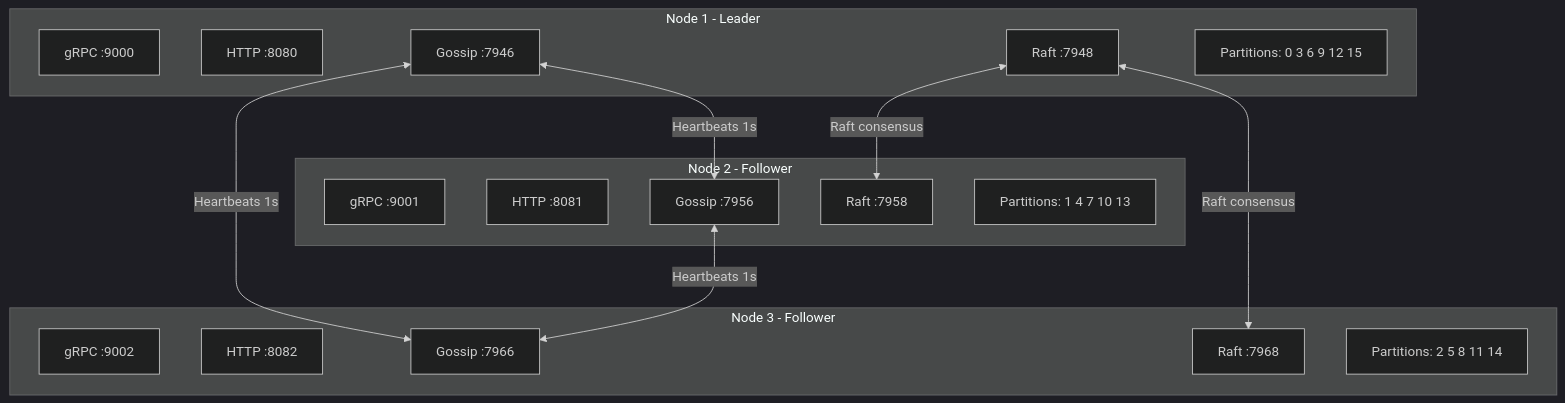
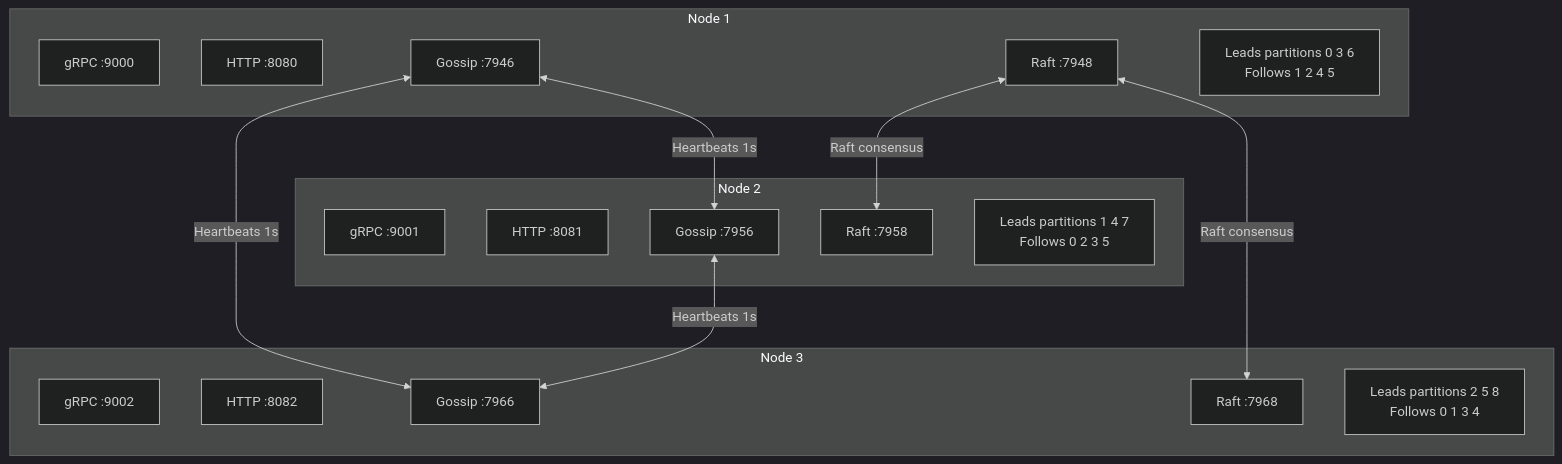
One commit to jatin711-debug/cronos_db_golang changed diagram 30 of 47 in ARCHITECTURE.md. Above: the diagram before and after it, drawn with Mermaid (dark theme). The commit also changed other lines of this file and 31 other files, not shown here.

````diff
--- a/ARCHITECTURE.md
+++ b/ARCHITECTURE.md
@@ -930,33 +990,33 @@
 ```mermaid
 graph TB
-    subgraph Node 1 - Leader
+    subgraph Node 1
         N1G[gRPC :9000]
         N1H[HTTP :8080]
         N1S[Gossip :7946]
         N1R[Raft :7948]
-        N1P[Partitions: 0 3 6 9 12 15]
+        N1P[Leads partitions 0 3 6<br/>Follows 1 2 4 5]
     end
 
-    subgraph Node 2 - Follower
+    subgraph Node 2
         N2G[gRPC :9001]
         N2H[HTTP :8081]
         N2S[Gossip :7956]
         N2R[Raft :7958]
-        N2P[Partitions: 1 4 7 10 13]
+        N2P[Leads partitions 1 4 7<br/>Follows 0 2 3 5]
     end
 
-    subgraph Node 3 - Follower
+    subgraph Node 3
         N3G[gRPC :9002]
         N3H[HTTP :8082]
         N3S[Gossip :7966]
         N3R[Raft :7968]
-        N3P[Partitions: 2 5 8 11 14]
+        N3P[Leads partitions 2 5 8<br/>Follows 0 1 3 4]
     end
 
     N1S <-->|Heartbeats 1s| N2S
     N1S <-->|Heartbeats 1s| N3S
     N2S <-->|Heartbeats 1s| N3S
 
     N1R <-->|Raft consensus| N2R
     N1R <-->|Raft consensus| N3R
 ```
````
